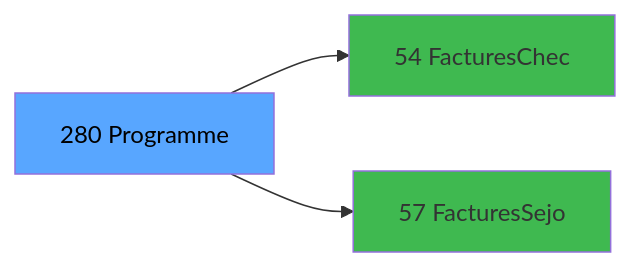
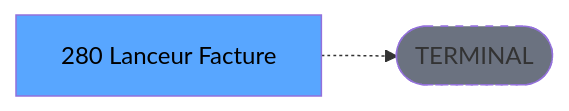
The third of 3 diagrams in .openspec/renders/ADH-IDE-280.md (thonyAGP/lecteur-magic), drawn with Mermaid before and after one commit. The commit also changed other lines of this file and 701 other files, not shown here.

````diff
--- a/.openspec/renders/ADH-IDE-280.md
+++ b/.openspec/renders/ADH-IDE-280.md
@@ -135,11 +134,8 @@
 ```mermaid
 graph LR
-    T[280 Programme]
-    C54[54 FacturesChec]
-    T --> C54
-    C57[57 FacturesSejo]
-    T --> C57
+    T[280 Lanceur Facture]
+    TERM([TERMINAL])
+    T -.-> TERM
+    style TERM fill:#6b7280,stroke-dasharray: 5 5
     style T fill:#58a6ff,color:#000
-    style C54 fill:#3fb950
-    style C57 fill:#3fb950
 ```
````
